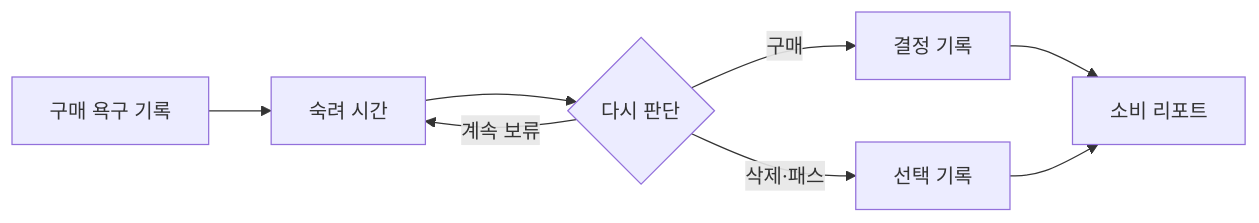
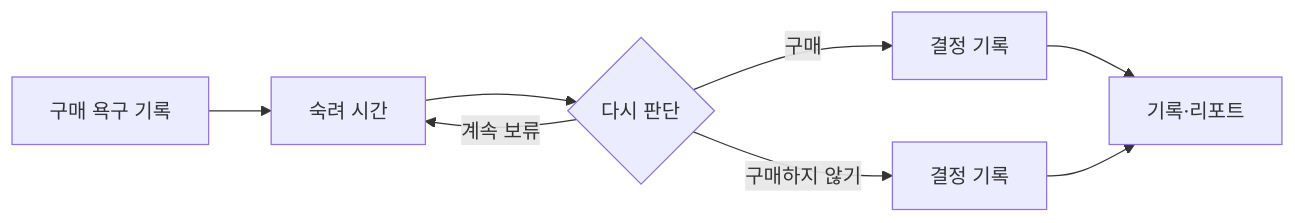
One commit to LibrumLego/hold-first-portfolio changed the diagram in README.md. Above: the diagram before and after it, drawn with Mermaid. The commit also changed other lines of this file, not shown here.

````diff
--- a/README.md
+++ b/README.md
@@ -11,10 +18,10 @@
 ```mermaid
 flowchart LR
     A[구매 욕구 기록] --> B[숙려 시간]
     B --> C{다시 판단}
     C -->|구매| D[결정 기록]
     C -->|계속 보류| B
-    C -->|삭제·패스| E[선택 기록]
-    D --> F[소비 리포트]
+    C -->|구매하지 않기| E[결정 기록]
+    D --> F[기록·리포트]
     E --> F
 ```
````
